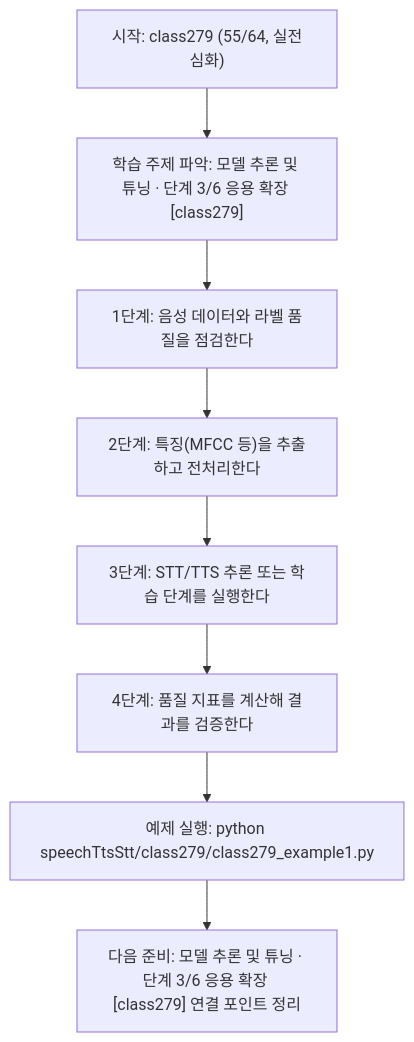
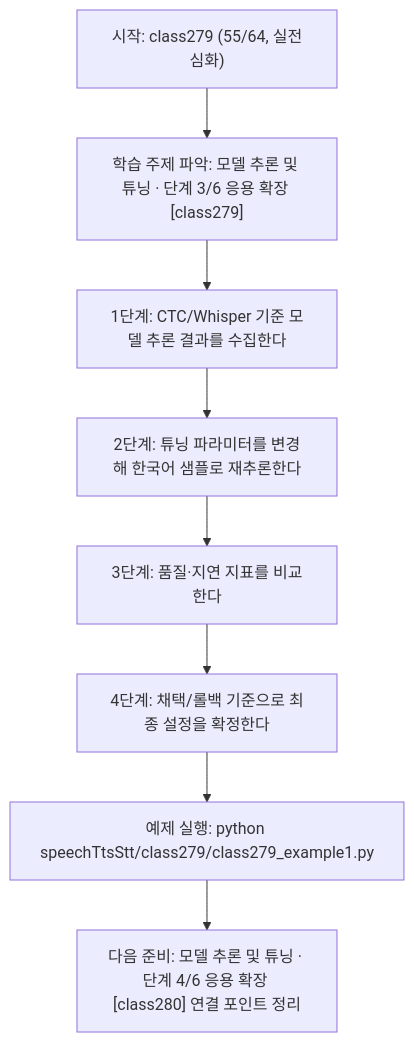
Before and after one commit to edumgt/Python-AI_Agent-Class: the diagram in speechTtsStt/class279/class279.md, drawn with Mermaid. The commit also changed other lines of this file and 1122 other files, not shown here.

````diff
--- a/speechTtsStt/class279/class279.md
+++ b/speechTtsStt/class279/class279.md
@@ -114,18 +95,18 @@
 ```mermaid
 flowchart TD
 N1["시작: class279 (55/64, 실전심화)"]
 N2["학습 주제 파악: 모델 추론 및 튜닝 · 단계 3/6 응용 확장 [class279]"]
-N3["1단계: 음성 데이터와 라벨 품질을 점검한다"]
-N4["2단계: 특징(MFCC 등)을 추출하고 전처리한다"]
-N5["3단계: STT/TTS 추론 또는 학습 단계를 실행한다"]
-N6["4단계: 품질 지표를 계산해 결과를 검증한다"]
+N3["1단계: CTC/Whisper 기준 모델 추론 결과를 수집한다"]
+N4["2단계: 튜닝 파라미터를 변경해 한국어 샘플로 재추론한다"]
+N5["3단계: 품질·지연 지표를 비교한다"]
+N6["4단계: 채택/롤백 기준으로 최종 설정을 확정한다"]
 N7["예제 실행: python speechTtsStt/class279/class279_example1.py"]
-N8["다음 준비: 모델 추론 및 튜닝 · 단계 3/6 응용 확장 [class279] 연결 포인트 정리"]
+N8["다음 준비: 모델 추론 및 튜닝 · 단계 4/6 응용 확장 [class280] 연결 포인트 정리"]
 N1 --> N2
 N2 --> N3
 N3 --> N4
 N4 --> N5
 N5 --> N6
 N6 --> N7
 N7 --> N8
 ```
````
